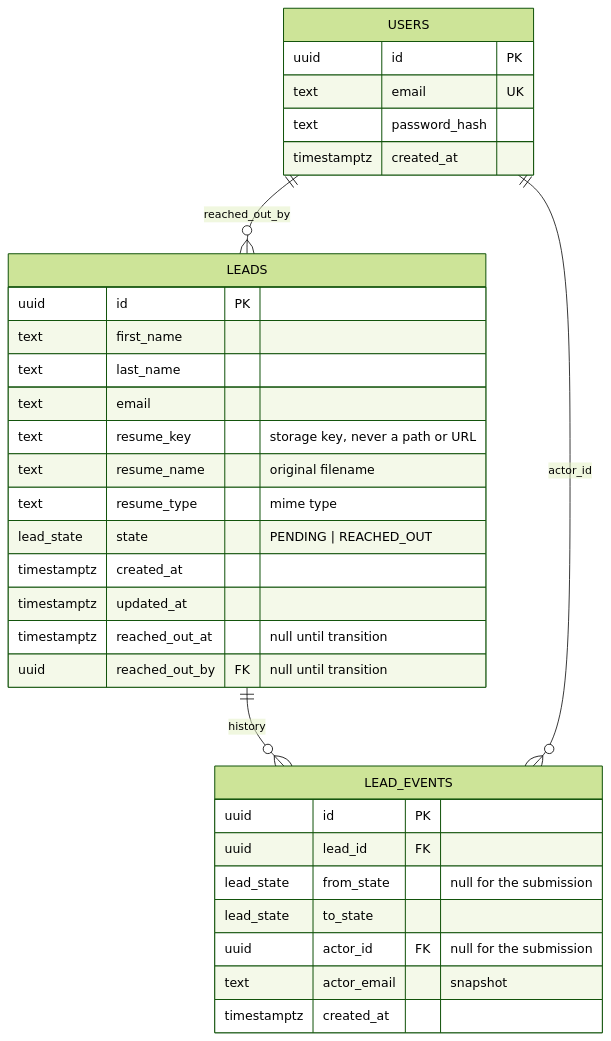
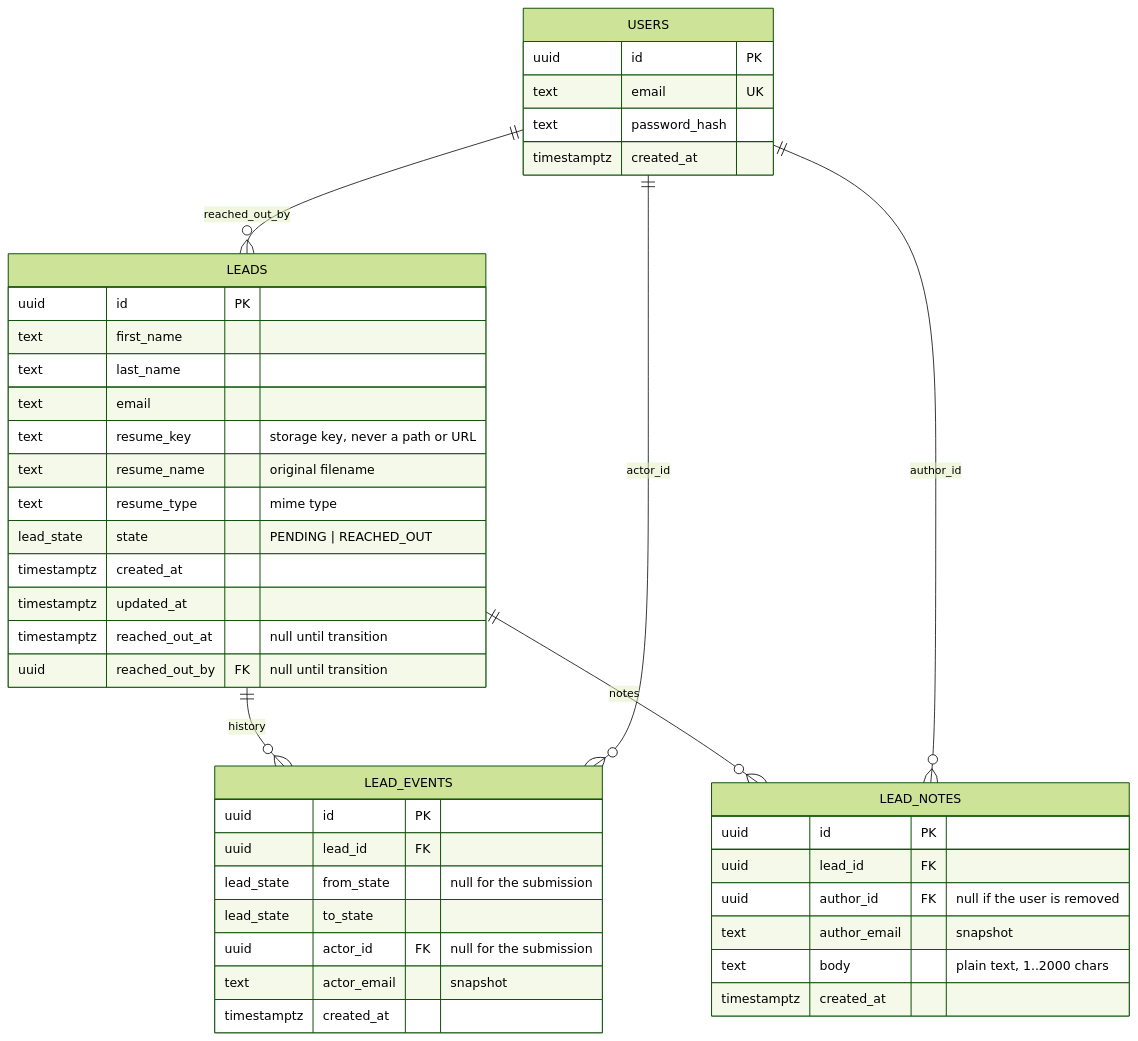
One commit to tech-cosmos/alma-assignment changed the second of 3 diagrams in docs/DESIGN.md. Above: the diagram before and after it, drawn with Mermaid (forest theme). The commit also changed other lines of this file and 21 other files, not shown here.

First line of the commit message:
[agent] Attorney notes on leads: lead_notes table, append-only endpoint, timeline composer

````diff
--- a/docs/DESIGN.md
+++ b/docs/DESIGN.md
@@ -79,35 +79,45 @@
 ```mermaid
 erDiagram
     USERS ||--o{ LEADS : "reached_out_by"
     LEADS ||--o{ LEAD_EVENTS : "history"
     USERS ||--o{ LEAD_EVENTS : "actor_id"
+    LEADS ||--o{ LEAD_NOTES : "notes"
+    USERS ||--o{ LEAD_NOTES : "author_id"
     USERS {
         uuid id PK
         text email UK
         text password_hash
         timestamptz created_at
     }
     LEADS {
         uuid id PK
         text first_name
         text last_name
         text email
         text resume_key "storage key, never a path or URL"
         text resume_name "original filename"
         text resume_type "mime type"
         lead_state state "PENDING | REACHED_OUT"
         timestamptz created_at
         timestamptz updated_at
         timestamptz reached_out_at "null until transition"
         uuid reached_out_by FK "null until transition"
     }
     LEAD_EVENTS {
         uuid id PK
         uuid lead_id FK
         lead_state from_state "null for the submission"
         lead_state to_state
         uuid actor_id FK "null for the submission"
         text actor_email "snapshot"
         timestamptz created_at
     }
+    LEAD_NOTES {
+        uuid id PK
+        uuid lead_id FK
+        uuid author_id FK "null if the user is removed"
+        text author_email "snapshot"
+        text body "plain text, 1..2000 chars"
+        timestamptz created_at
+    }
 ```
````
